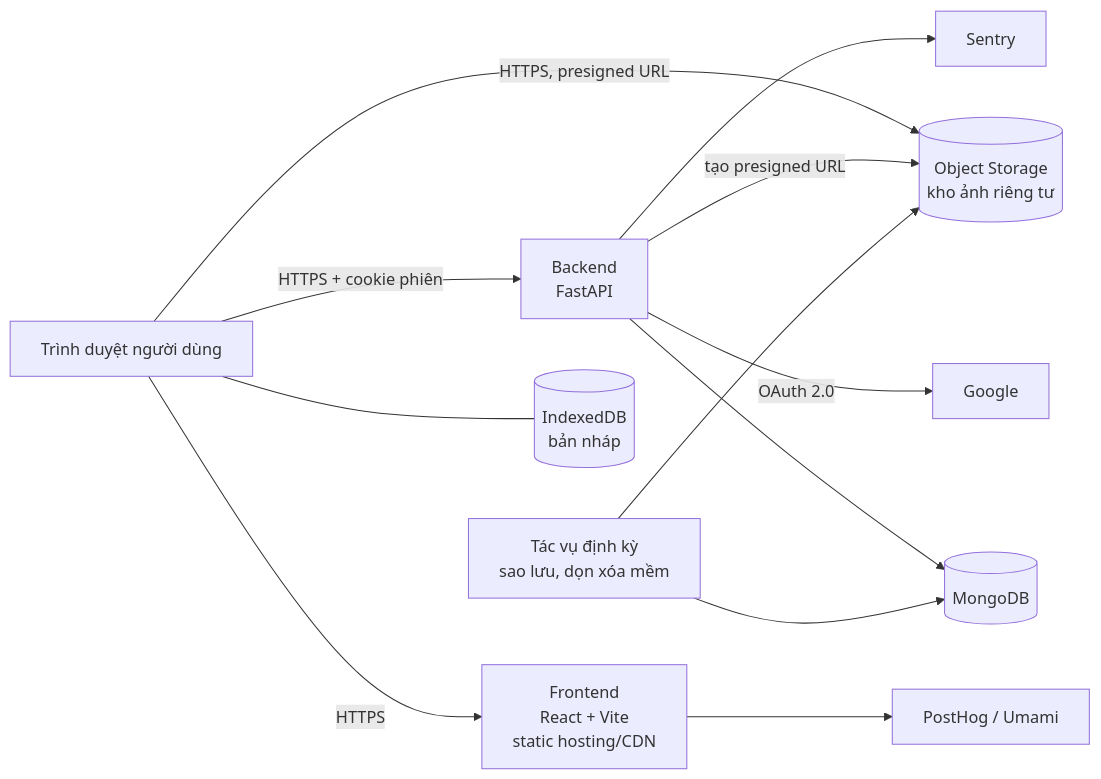
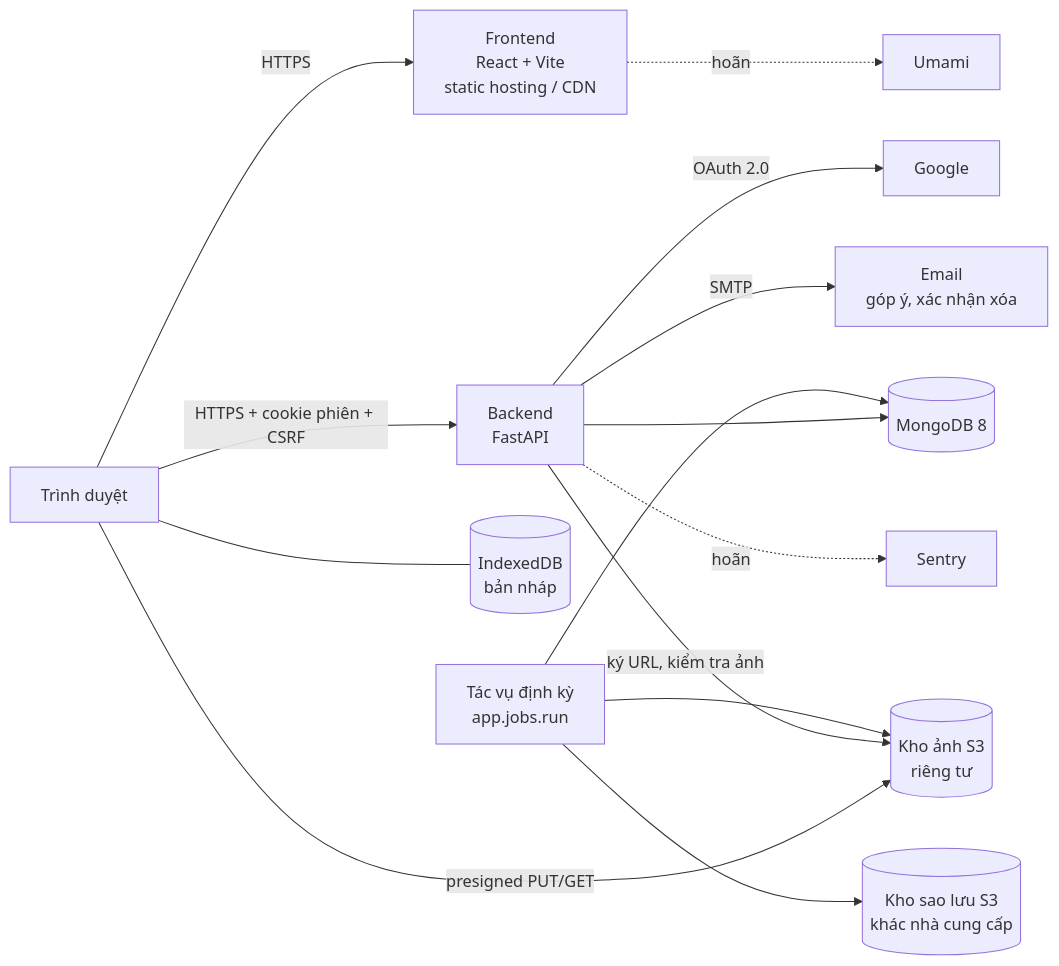
The diagram in docs/Project_Specs.md (Nha-Cong-Dong/DailyDiary), drawn with Mermaid before and after one commit. The commit also changed other lines of this file and 14 other files, not shown here.

````diff
--- a/docs/Project_Specs.md
+++ b/docs/Project_Specs.md
@@ -320,14 +356,16 @@
 ```mermaid
 flowchart LR
-    U[Trình duyệt người dùng] -->|HTTPS| FE[Frontend<br/>React + Vite<br/>static hosting/CDN]
-    U -->|HTTPS + cookie phiên| API[Backend<br/>FastAPI]
-    U -->|HTTPS, presigned URL| S3[(Object Storage<br/>kho ảnh riêng tư)]
+    U[Trình duyệt] -->|HTTPS| FE[Frontend<br/>React + Vite<br/>static hosting / CDN]
+    U -->|"HTTPS + cookie phiên + CSRF"| API[Backend<br/>FastAPI]
+    U -->|"presigned PUT/GET"| S3[(Kho ảnh S3<br/>riêng tư)]
     U --- IDB[(IndexedDB<br/>bản nháp)]
     API -->|OAuth 2.0| G[Google]
-    API --> DB[(MongoDB)]
-    API -->|tạo presigned URL| S3
-    API --> SEN[Sentry]
-    FE --> AN[PostHog / Umami]
-    BK[Tác vụ định kỳ<br/>sao lưu, dọn xóa mềm] --> DB
-    BK --> S3
+    API --> DB[(MongoDB 8)]
+    API -->|ký URL, kiểm tra ảnh| S3
+    API -->|SMTP| MAIL[Email<br/>góp ý, xác nhận xóa]
+    JOB[Tác vụ định kỳ<br/>app.jobs.run] --> DB
+    JOB --> S3
+    JOB --> BAK[(Kho sao lưu S3<br/>khác nhà cung cấp)]
+    API -.->|hoãn| SEN[Sentry]
+    FE -.->|hoãn| AN[Umami]
 ```
````
